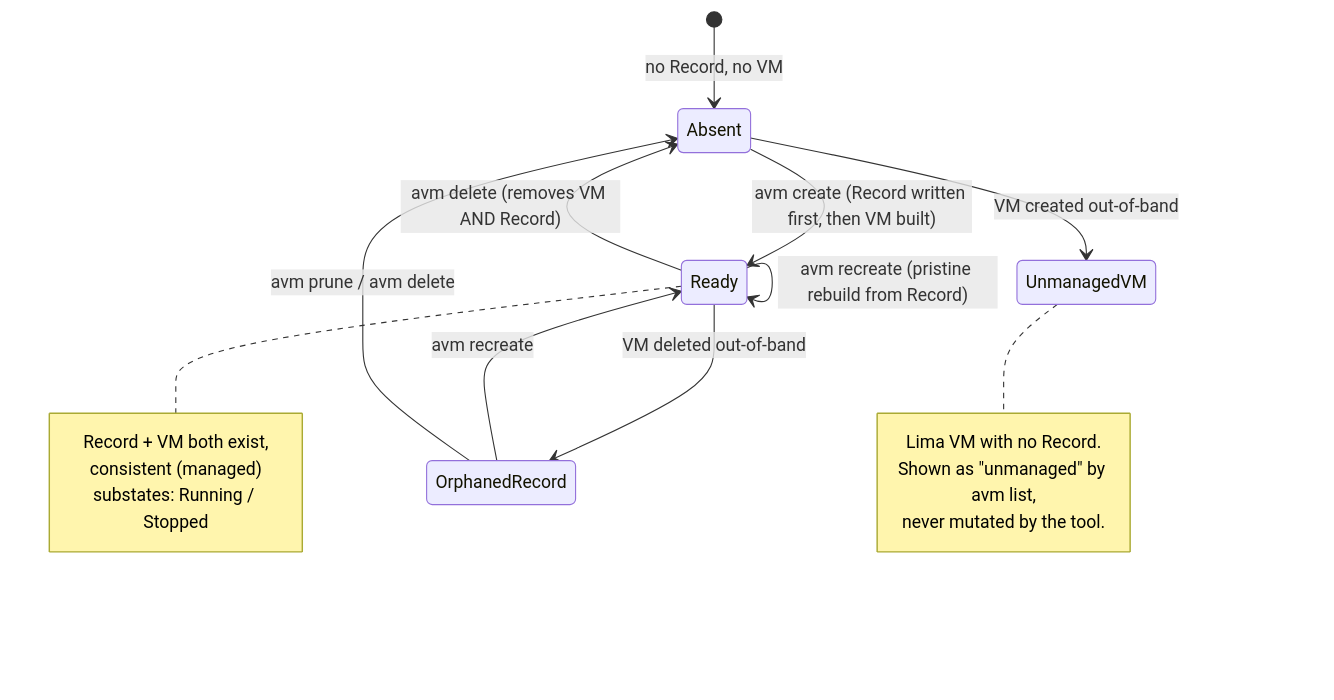
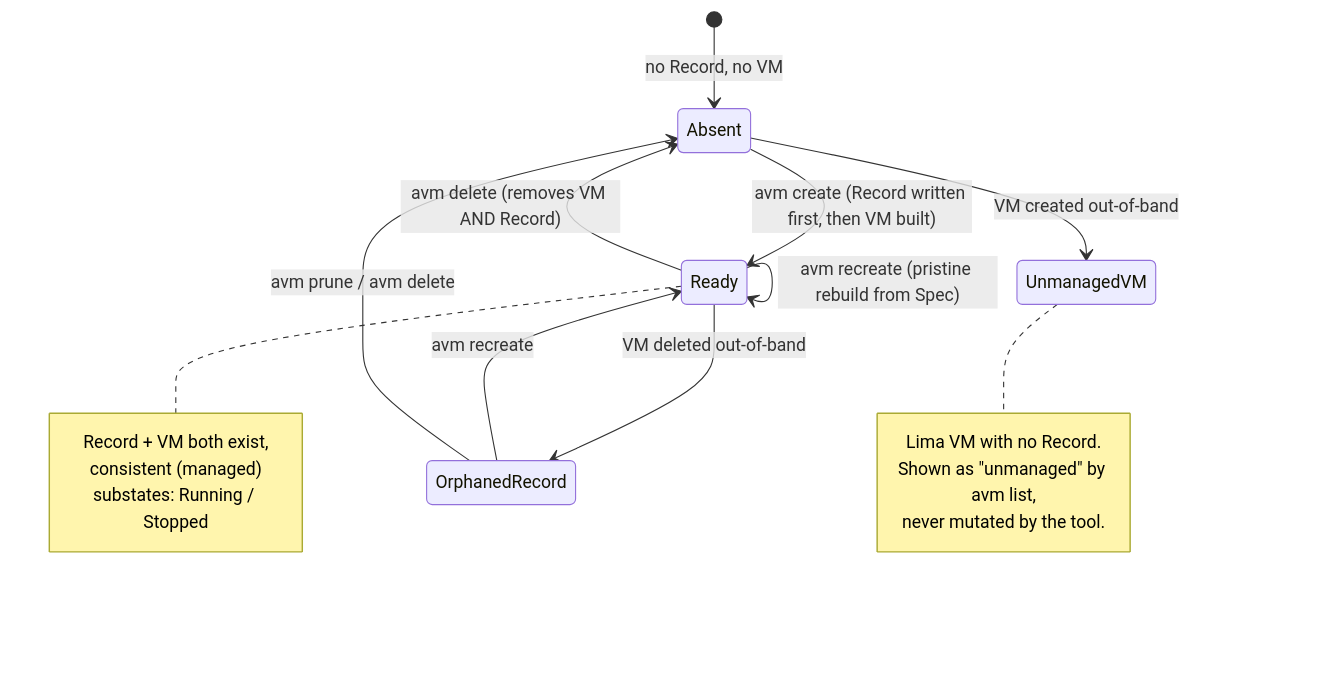
One commit to MikD1/agent-vm changed the fifth of 5 diagrams in docs/architecture.md. Above: the diagram before and after it, drawn with Mermaid. The commit also changed other lines of this file and 3 other files, not shown here.

First line of the commit message:
fix(cli): rebuild from agent-vm.yaml on recreate, not the record snapshot

````diff
--- a/docs/architecture.md
+++ b/docs/architecture.md
@@ -259,26 +259,26 @@
 ```mermaid
 stateDiagram-v2
     [*] --> Absent: no Record, no VM
 
     Absent --> Ready: avm create (Record written first, then VM built)
     note right of Ready
         Record + VM both exist,
         consistent (managed)
         substates: Running / Stopped
     end note
 
     Ready --> Ready: start / stop / restart / shell
     Ready --> Absent: avm delete (removes VM AND Record)
-    Ready --> Ready: avm recreate (pristine rebuild from Record)
+    Ready --> Ready: avm recreate (pristine rebuild from Spec)
 
     Ready --> OrphanedRecord: VM deleted out-of-band
     OrphanedRecord --> Ready: avm recreate
     OrphanedRecord --> Absent: avm prune / avm delete
 
     Absent --> UnmanagedVM: VM created out-of-band
     note right of UnmanagedVM
         Lima VM with no Record.
         Shown as "unmanaged" by avm list,
         never mutated by the tool.
     end note
 ```
````
